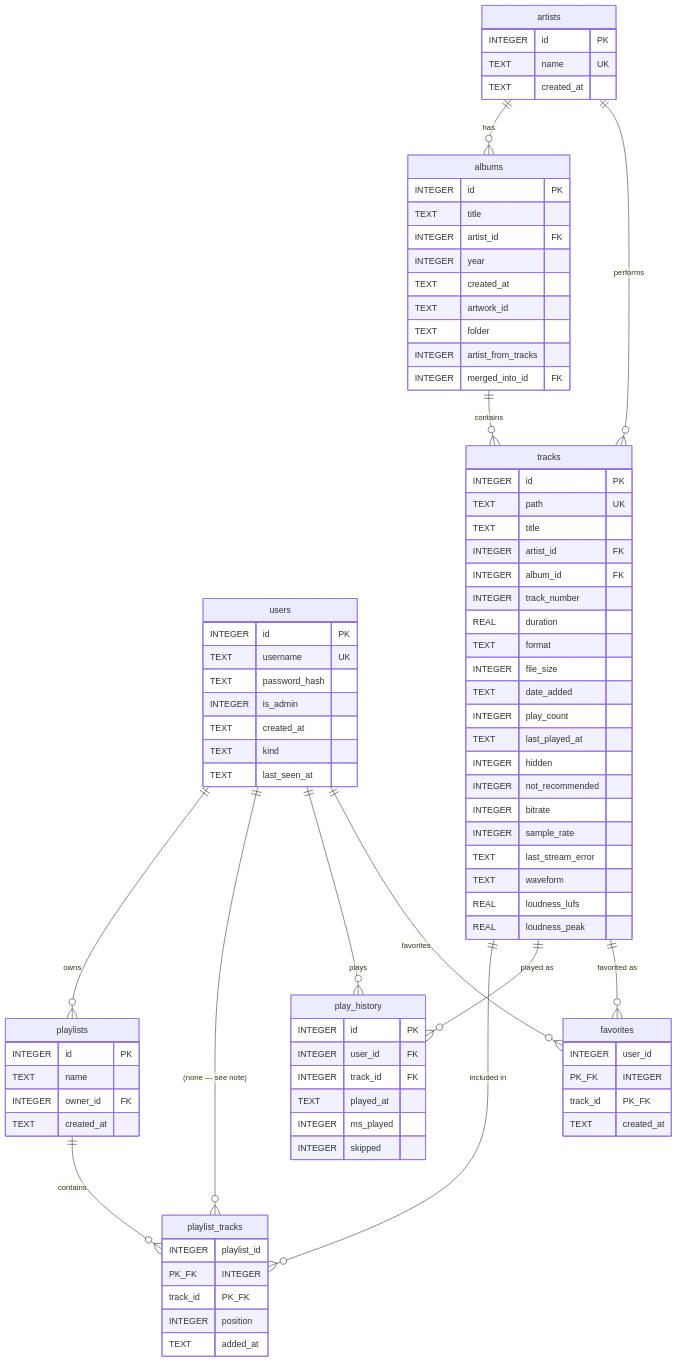
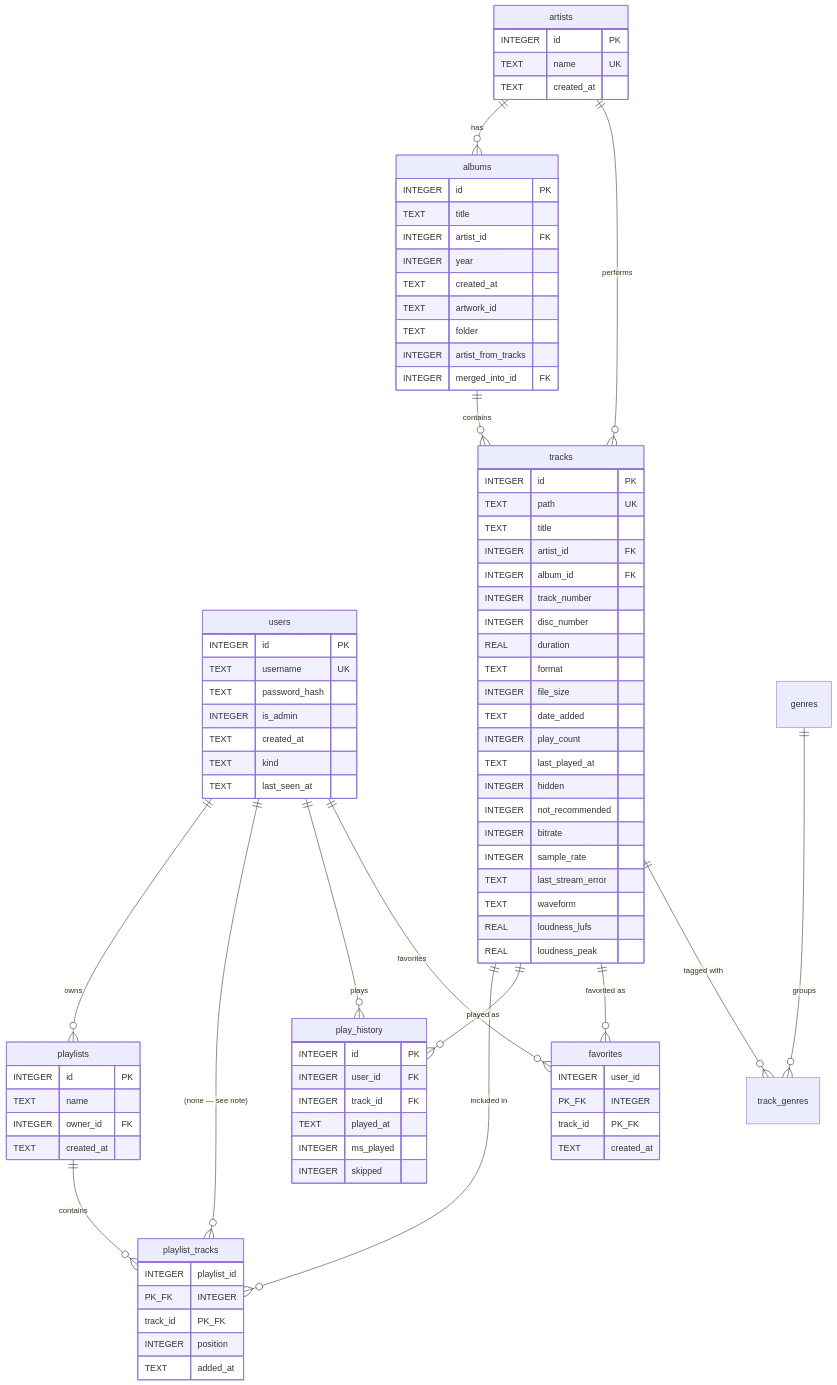
One commit to meranisu/brainlessmusic changed the diagram in .docs/reference/database-schema.md. Above: the diagram before and after it, drawn with Mermaid. The commit also changed other lines of this file and 19 other files, not shown here.

First line of the commit message:
feat(backend): disc order and genres (v0.4 boxes 26, 27)

```diff
--- a/.docs/reference/database-schema.md
+++ b/.docs/reference/database-schema.md
@@ -31,6 +31,8 @@
     tracks ||--o{ play_history : "played as"
     tracks ||--o{ favorites : "favorited as"
     playlists ||--o{ playlist_tracks : contains
+    tracks ||--o{ track_genres : "tagged with"
+    genres ||--o{ track_genres : groups
 
     users {
         INTEGER id PK
@@ -64,6 +66,7 @@
         INTEGER artist_id FK
         INTEGER album_id FK
         INTEGER track_number
+        INTEGER disc_number
         REAL duration
         TEXT format
         INTEGER file_size
```
